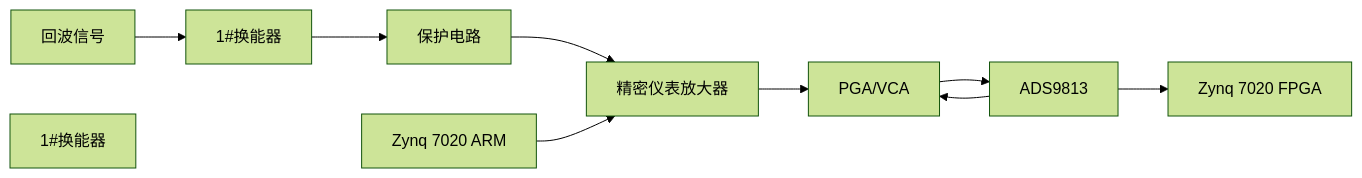
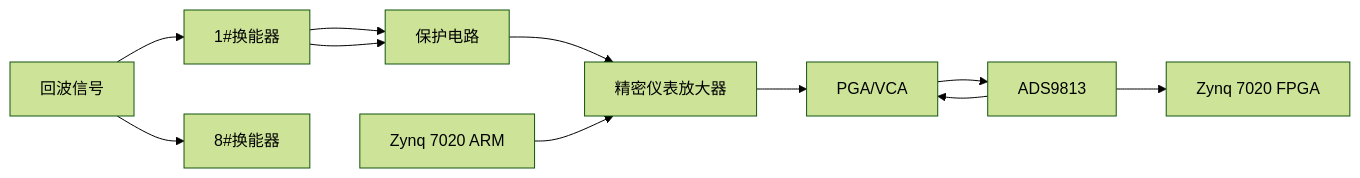
The diagram in all/多通道同步采集-1.md (Rukawa15/iodraw-files), drawn with Mermaid (forest theme) before and after one commit.

Commit message:
2025-06-19 14:04:26 update

````diff
--- a/all/多通道同步采集-1.md
+++ b/all/多通道同步采集-1.md
@@ -1,14 +1,15 @@
 ```mermaid
 graph LR
 A[回波信号]
 A --> B1[1#换能器]
-aB1[1#换能器]
+A --> B2[8#换能器]
+B1 --> C[保护电路]
 B1 --> C[保护电路] 
 C --> D[精密仪表放大器] 
 D --> E[PGA/VCA] 
 E --> F[ADS9813] 
 F --> G[Zynq 7020 FPGA]
 H[Zynq 7020 ARM] --> D
 F --> E
 
 ```
````
